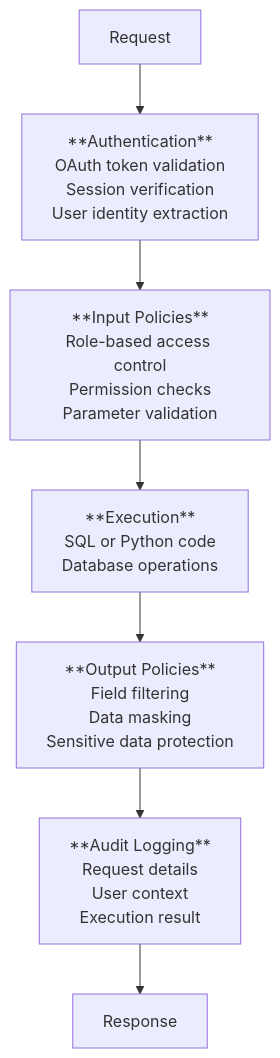
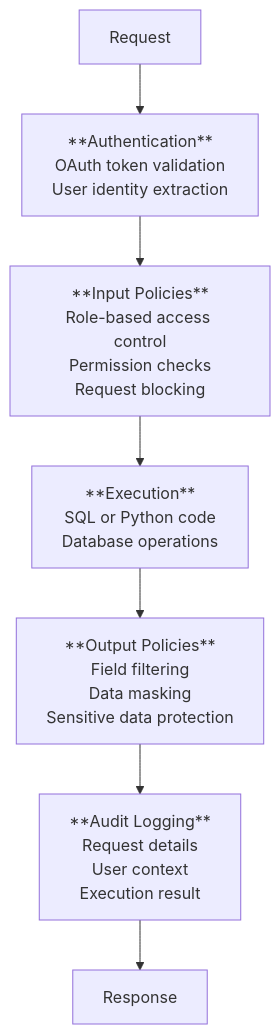
The diagram in docs/security/index.md (raw-labs/mxcp), drawn with Mermaid before and after one commit. The commit also changed other lines of this file and 38 other files, not shown here.

````diff
--- a/docs/security/index.md
+++ b/docs/security/index.md
@@ -42,23 +42,23 @@
 ```mermaid
 flowchart TB
     Request["Request"]
 
-    Auth["**Authentication**<br/>OAuth token validation<br/>Session verification<br/>User identity extraction"]
+    Auth["**Authentication**<br/>OAuth token validation<br/>User identity extraction"]
 
-    Input["**Input Policies**<br/>Role-based access control<br/>Permission checks<br/>Parameter validation"]
+    Input["**Input Policies**<br/>Role-based access control<br/>Permission checks<br/>Request blocking"]
 
     Exec["**Execution**<br/>SQL or Python code<br/>Database operations"]
 
     Output["**Output Policies**<br/>Field filtering<br/>Data masking<br/>Sensitive data protection"]
 
     Audit["**Audit Logging**<br/>Request details<br/>User context<br/>Execution result"]
 
     Response["Response"]
 
     Request --> Auth
     Auth --> Input
     Input --> Exec
     Exec --> Output
     Output --> Audit
     Audit --> Response
 ```
````
